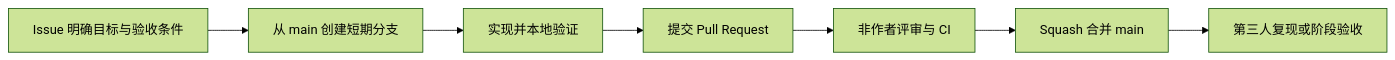
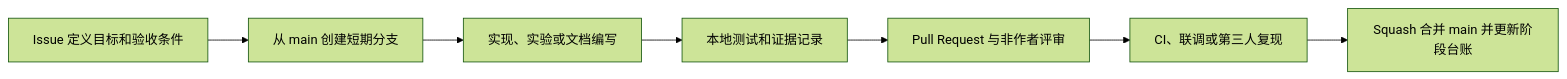
One commit to B-qwert/llm-agent-demo changed the second of 2 diagrams in docs/团队协作规范.md. Above: the diagram before and after it, drawn with Mermaid (forest theme). The commit also changed other lines of this file, not shown here.

````diff
--- a/docs/团队协作规范.md
+++ b/docs/团队协作规范.md
@@ -22,9 +43,9 @@
 ```mermaid
 flowchart LR
-    A[Issue 明确目标与验收条件] --> B[从 main 创建短期分支]
-    B --> C[实现并本地验证]
-    C --> D[提交 Pull Request]
-    D --> E[非作者评审与 CI]
-    E --> F[Squash 合并 main]
-    F --> G[第三人复现或阶段验收]
+    A[Issue 定义目标和验收条件] --> B[从 main 创建短期分支]
+    B --> C[实现、实验或文档编写]
+    C --> D[本地测试和证据记录]
+    D --> E[Pull Request 与非作者评审]
+    E --> F[CI、联调或第三人复现]
+    F --> G[Squash 合并 main 并更新阶段台账]
 ```
````
